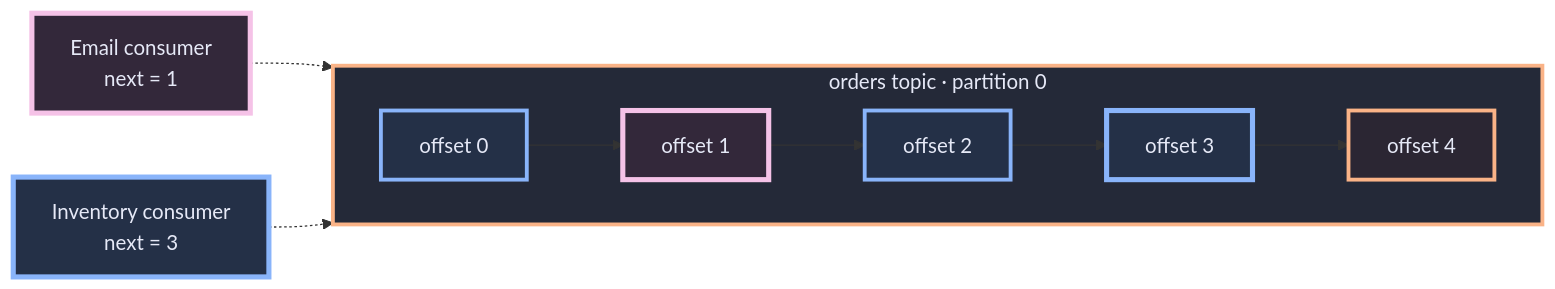
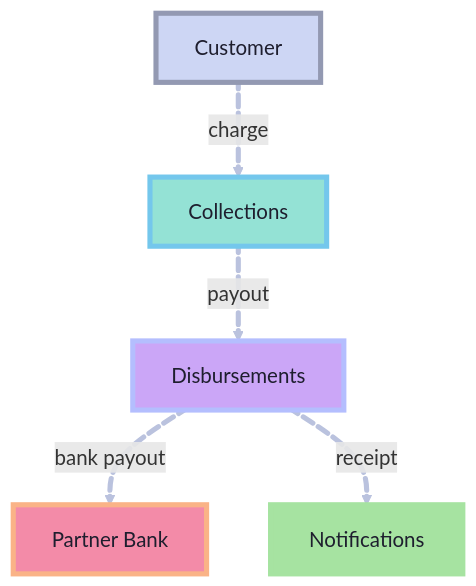
One commit to hmajid2301/blog changed the fifth of 40 diagrams in content/slides/go-labs-eda-go-kafka/slides.md. Above: the diagram before and after it, drawn with Mermaid. The commit also changed other lines of this file and 10 other files, not shown here.

````diff
--- a/content/slides/go-labs-eda-go-kafka/slides.md
+++ b/content/slides/go-labs-eda-go-kafka/slides.md
@@ -188,22 +217,24 @@
 ```mermaid
-flowchart LR
-    subgraph P0["orders topic · partition 0"]
-      direction LR
-      O0["offset 0"] --> O1["offset 1"] --> O2["offset 2"] --> O3["offset 3"] --> O4["offset 4"]
-    end
+flowchart TD
+    U["Customer"] charge@-->|"charge"| COL["Collections"]
+    COL payout@-->|"payout"| DIS["Disbursements"]
+    DIS bankCall@-->|"bank payout"| BANK["Partner Bank"]
+    DIS receipt@-->|"receipt"| NOTIF["Notifications"]
 
-    EMAIL["Email consumer\nnext = 1"] -.-> O1
-    INV["Inventory consumer\nnext = 3"] -.-> O3
+    classDef client fill:#cdd6f4,stroke:#9399b2,stroke-width:4px,color:#1e1e2e;
+    classDef collections fill:#94e2d5,stroke:#74c7ec,stroke-width:4px,color:#1e1e2e;
+    classDef disbursements fill:#cba6f7,stroke:#b4befe,stroke-width:4px,color:#1e1e2e;
+    classDef bank fill:#f38ba8,stroke:#fab387,stroke-width:4px,color:#1e1e2e;
+    classDef notifications fill:#a6e3a1,stroke:#a6e3a1,stroke-width:4px,color:#1e1e2e;
 
-    classDef topic fill:#242938,stroke:#fab387,stroke-width:3px,color:#e6e9f7;
-    classDef old fill:#243047,stroke:#89b4fa,stroke-width:3px,color:#e6e9f7;
-    classDef inventory fill:#243047,stroke:#89b4fa,stroke-width:4px,color:#e6e9f7;
-    classDef email fill:#33283a,stroke:#f5c2e7,stroke-width:4px,color:#e6e9f7;
-    classDef future fill:#2b2633,stroke:#fab387,stroke-width:3px,color:#e6e9f7;
-
-    class P0 topic;
-    class O0,O2 old;
-    class O3,INV inventory;
-    class O1,EMAIL email;
-    class O4 future;
+    class U client;
+    class COL collections;
+    class DIS disbursements;
+    class BANK bank;
+    class NOTIF notifications;
+    charge@{ animation: slow }
+    payout@{ animation: slow }
+    bankCall@{ animation: slow }
+    receipt@{ animation: slow }
+    linkStyle default stroke:#bac2de,stroke-width:4px;
 ```
````
